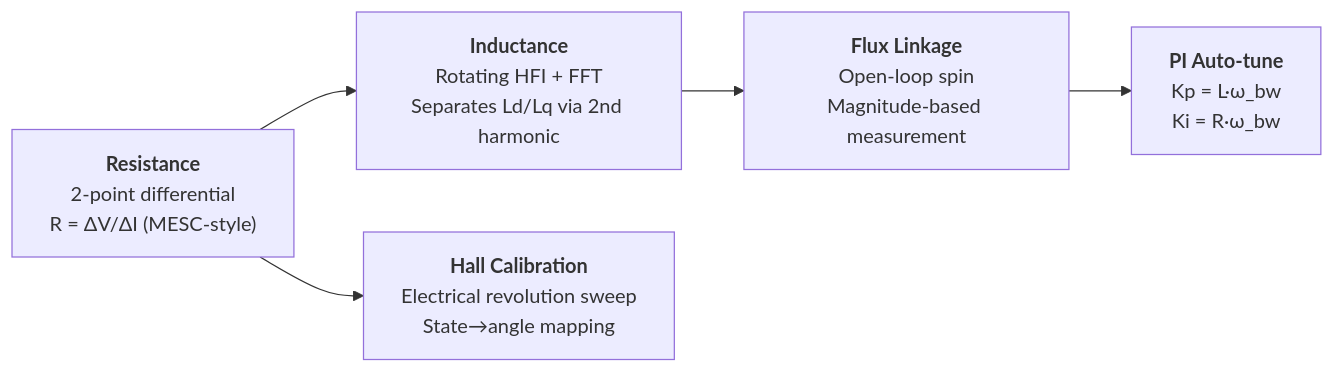
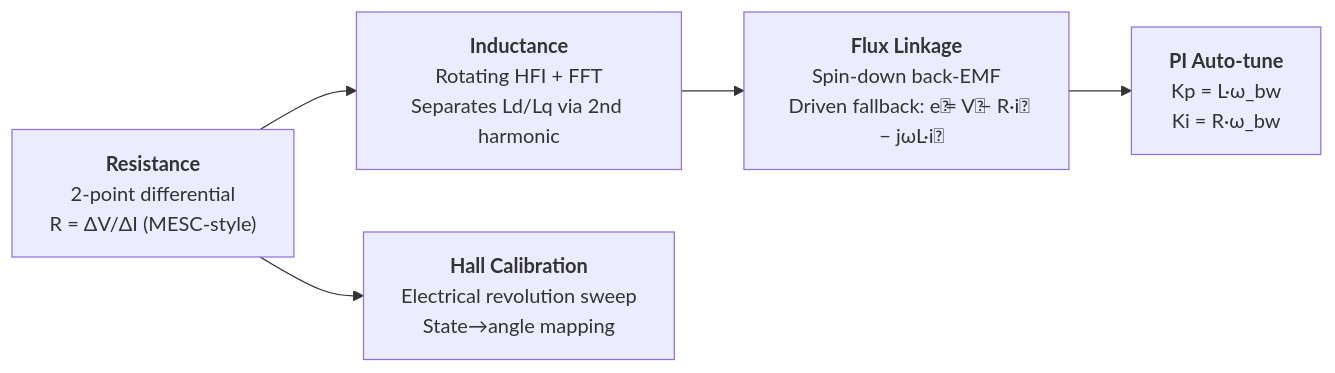
Before and after one commit to okhsunrog/oxifoc: the second of 2 diagrams in README.md, drawn with Mermaid. The commit also changed 6 other files, not shown here.

````diff
--- a/README.md
+++ b/README.md
@@ -49,7 +49,7 @@
 ```mermaid
 graph LR
     R["<b>Resistance</b><br/>2-point differential<br/>R = ΔV/ΔI (MESC-style)"] --> L["<b>Inductance</b><br/>Rotating HFI + FFT<br/>Separates Ld/Lq via 2nd harmonic"]
-    L --> F["<b>Flux Linkage</b><br/>Open-loop spin<br/>Magnitude-based measurement"]
+    L --> F["<b>Flux Linkage</b><br/>Spin-down back-EMF<br/>Driven fallback: e⃗ = V⃗ − R·i⃗ − jωL·i⃗"]
     F --> PI["<b>PI Auto-tune</b><br/>Kp = L·ω_bw<br/>Ki = R·ω_bw"]
     R --> Hall["<b>Hall Calibration</b><br/>Electrical revolution sweep<br/>State→angle mapping"]
 ```
````
